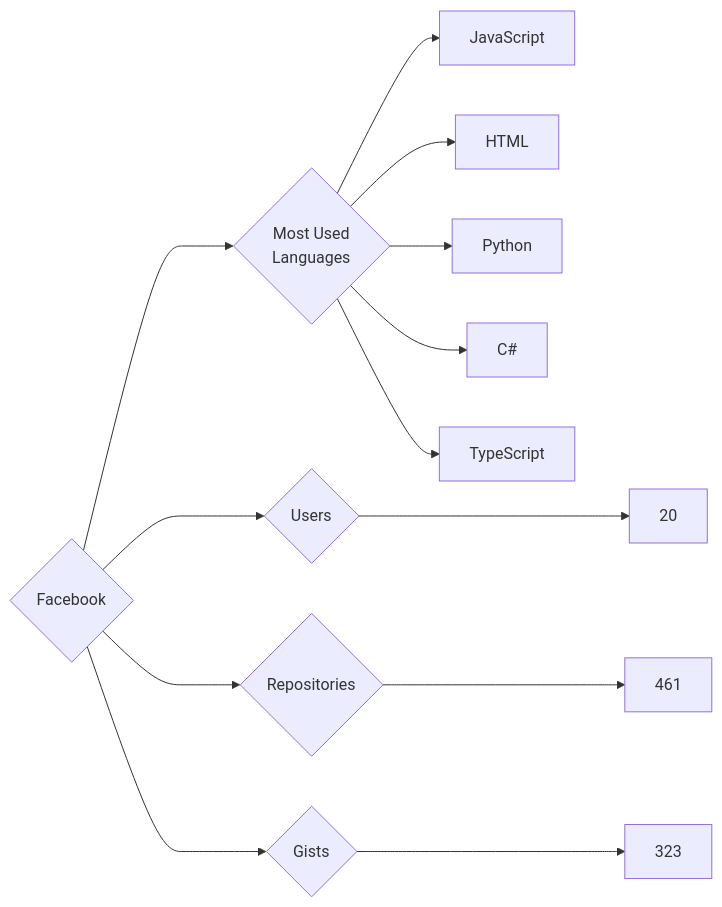
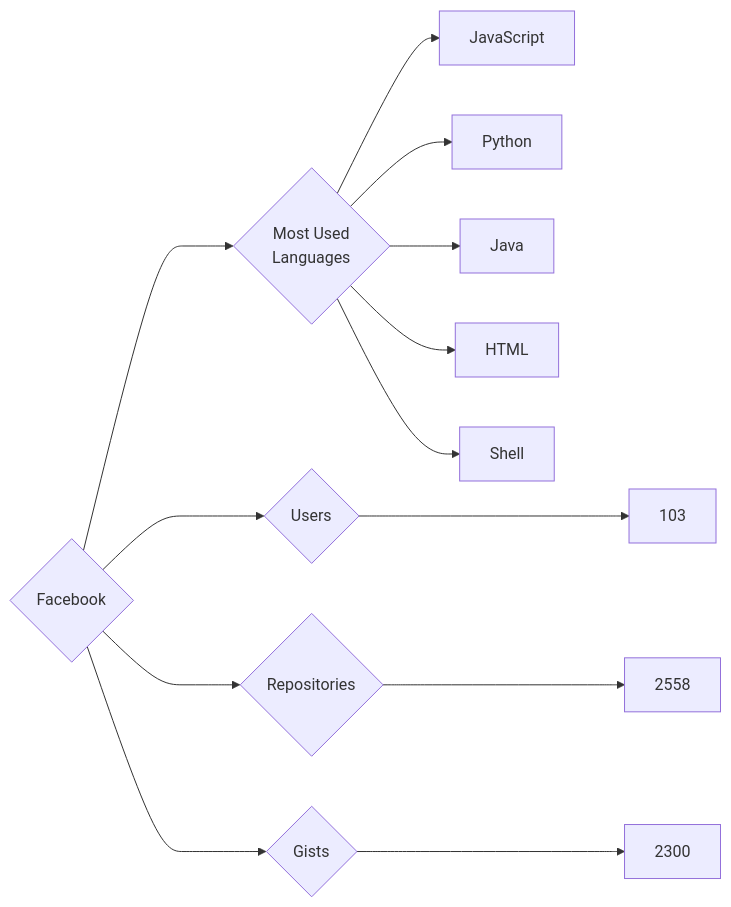
The diagram in targets/Facebook/README.md (trickest/insiders), drawn with Mermaid before and after one commit. The commit also changed 882 other files, not shown here.

````diff
--- a/targets/Facebook/README.md
+++ b/targets/Facebook/README.md
@@ -3,13 +3,13 @@
 ```mermaid
 graph LR
 COMPANY_NAME{Facebook}
-COMPANY_NAME ---> U{Users} ---> UN[20]
-COMPANY_NAME ---> R{Repositories} ---> RN[461]
-COMPANY_NAME ---> G{Gists} ---> GN[323]
+COMPANY_NAME ---> U{Users} ---> UN[103]
+COMPANY_NAME ---> R{Repositories} ---> RN[2558]
+COMPANY_NAME ---> G{Gists} ---> GN[2300]
 COMPANY_NAME ---> ML{Most Used<br>Languages}
 ML --> JavaScript[JavaScript]
+ML --> Python[Python]
+ML --> Java[Java]
 ML --> HTML[HTML]
-ML --> Python[Python]
-ML --> C#[C#]
-ML --> TypeScript[TypeScript]
+ML --> Shell[Shell]
 ```
````
